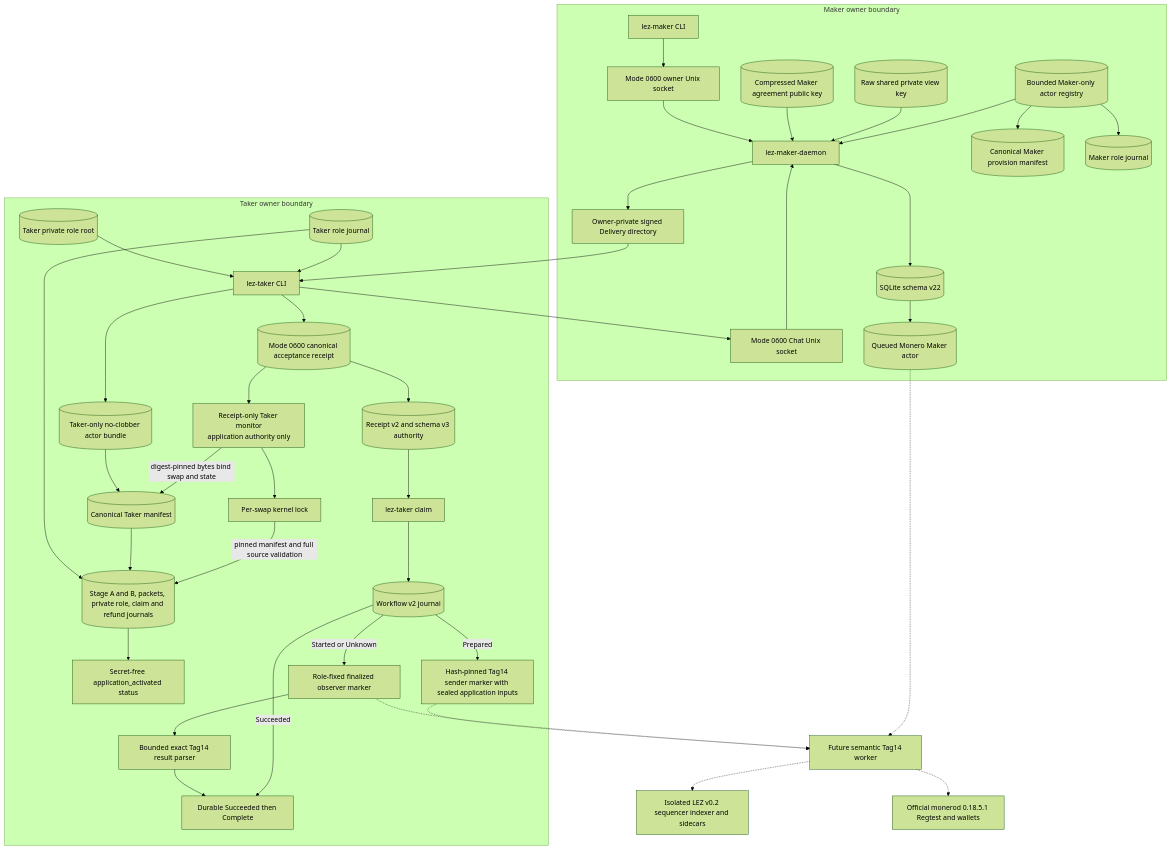
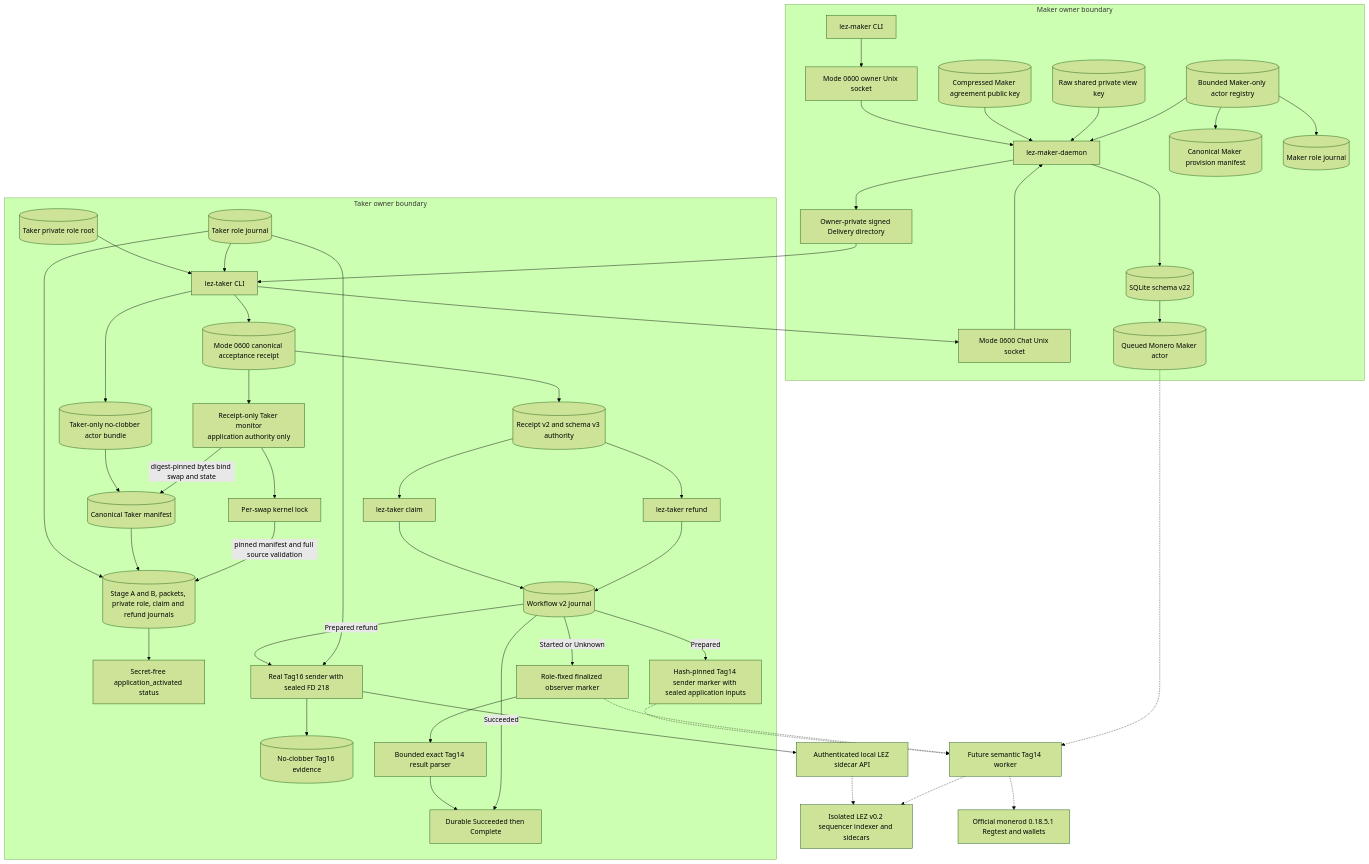
The ninth of 24 diagrams in docs/architecture/deployment-components-and-rpcs.md (gateway-fm/lez-atomic-swaps), drawn with Mermaid (forest theme) before and after one commit. The commit also changed other lines of this file and 18 other files, not shown here.

Commit message:
feat(m7): execute sealed XMR tag16 effect

```diff
--- a/docs/architecture/deployment-components-and-rpcs.md
+++ b/docs/architecture/deployment-components-and-rpcs.md
@@ -976,8 +978,11 @@
         MonitorStatus["Secret-free application_activated status"]
         EffectReceipt[("Receipt v2 and schema v3 authority")]
         Claim["lez-taker claim"]
+        Refund["lez-taker refund"]
         Workflow[("Workflow v2 journal")]
         Marker["Hash-pinned Tag14 sender marker with sealed application inputs"]
+        Tag16["Real Tag16 sender with sealed FD 218"]
+        Tag16Evidence[("No-clobber Tag16 evidence")]
         Observer["Role-fixed finalized observer marker"]
         Parser["Bounded exact Tag14 result parser"]
         Reconciled["Durable Succeeded then Complete"]
@@ -1010,8 +1015,15 @@
     TakerAuthority --> MonitorStatus
     Receipt --> EffectReceipt
     EffectReceipt --> Claim
+    EffectReceipt --> Refund
     Claim --> Workflow
+    Refund --> Workflow
     Workflow -->|"Prepared"| Marker
+    Workflow -->|"Prepared refund"| Tag16
+    TakerJournal --> Tag16
+    Tag16 --> Tag16Sidecar["Authenticated local LEZ sidecar API"]
+    Tag16 --> Tag16Evidence
+    Tag16Sidecar -.-> LezNodes
     Workflow -->|"Started or Unknown"| Observer
     Observer --> Parser
     Parser --> Reconciled
```
